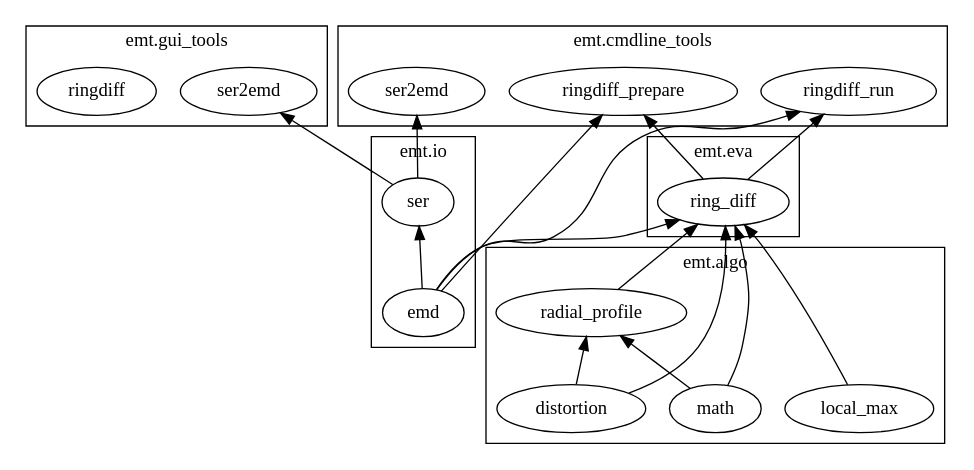
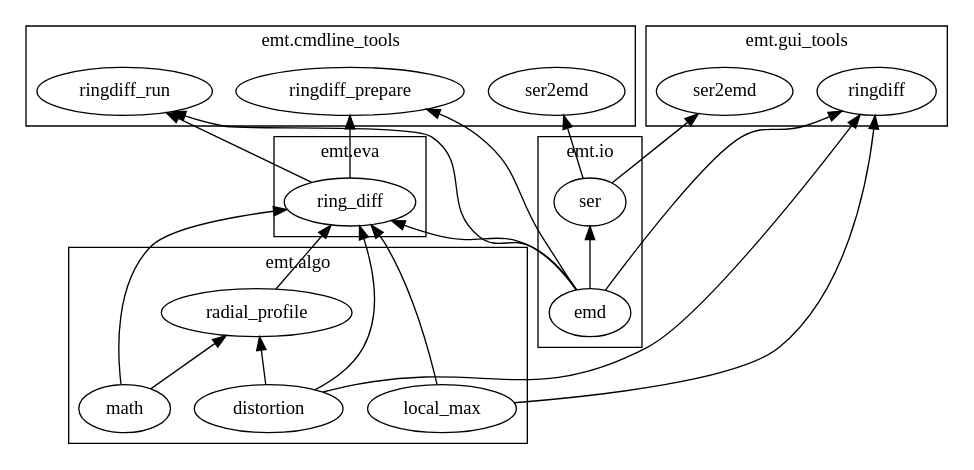
Before and after one commit to fniekiel/emt: the diagram in docs/module_layout.dot, drawn with Graphviz. The commit also changed 2 other files, not shown here.

Commit message:
(gui_ringdiff) loading and showing image, calculating local max but unable to plot them

```diff
--- a/docs/module_layout.dot
+++ b/docs/module_layout.dot
@@ -1,71 +1,75 @@
 digraph modules {
     rankdir = BT;
     labelloc = "b";
     //concentrate = true;
 
     subgraph "cluster_emt.io"{
     label = "emt.io";
     
     "emt.io.emd" [label="emd"];
     
     "emt.io.ser" [label="ser"];
 
     
     }
     
     subgraph "cluster_emt.algo"{
     label = "emt.algo";
     
     "emt.algo.local_max" [label="local_max"];
     "emt.algo.distortion" [label="distortion"];
     "emt.algo.radial_profile" [label="radial_profile"];
     "emt.algo.math" [label="math"];
     
     }
     
     subgraph "cluster_emt.eva"{
     label = "emt.eva";
     
     "emt.eva.ring_diff" [label="ring_diff"];
 
     
     }
     
     subgraph "cluster_emt.cmdline_tools" {
     label = "emt.cmdline_tools";
     
     "emt.cmdline_tools.ser2emd" [label="ser2emd"];
     "emt.cmdline_tools.ringdiff_prepare" [label="ringdiff_prepare"];
     "emt.cmdline_tools.ringdiff_run" [label="ringdiff_run"];
 
     }
     
     subgraph "cluster_emt.gui_tools" {
     label = "emt.gui_tools";
     
     "emt.gui_tools.ser2emd" [label="ser2emd"];
     "emt.gui_tools.ringdiff" [label="ringdiff"];
     
     }
     
     "emt.io.emd" -> "emt.io.ser";
     
     "emt.algo.distortion" -> "emt.algo.radial_profile";
     "emt.algo.math" -> "emt.algo.radial_profile";
     
     "emt.algo.local_max" -> "emt.eva.ring_diff";
     "emt.algo.distortion" -> "emt.eva.ring_diff";
     "emt.algo.radial_profile" -> "emt.eva.ring_diff";
     "emt.algo.math" -> "emt.eva.ring_diff";
     "emt.io.emd" -> "emt.eva.ring_diff";
     
     "emt.io.ser" -> "emt.cmdline_tools.ser2emd";
     
     "emt.io.emd" -> "emt.cmdline_tools.ringdiff_prepare";
     "emt.eva.ring_diff" -> "emt.cmdline_tools.ringdiff_prepare";
     
     "emt.io.emd" -> "emt.cmdline_tools.ringdiff_run";
     "emt.eva.ring_diff" -> "emt.cmdline_tools.ringdiff_run";
     
     "emt.io.ser" -> "emt.gui_tools.ser2emd";
+    
+    "emt.io.emd" -> "emt.gui_tools.ringdiff";
+    "emt.algo.local_max" -> "emt.gui_tools.ringdiff";
+    "emt.algo.distortion" -> "emt.gui_tools.ringdiff";
 }
```
